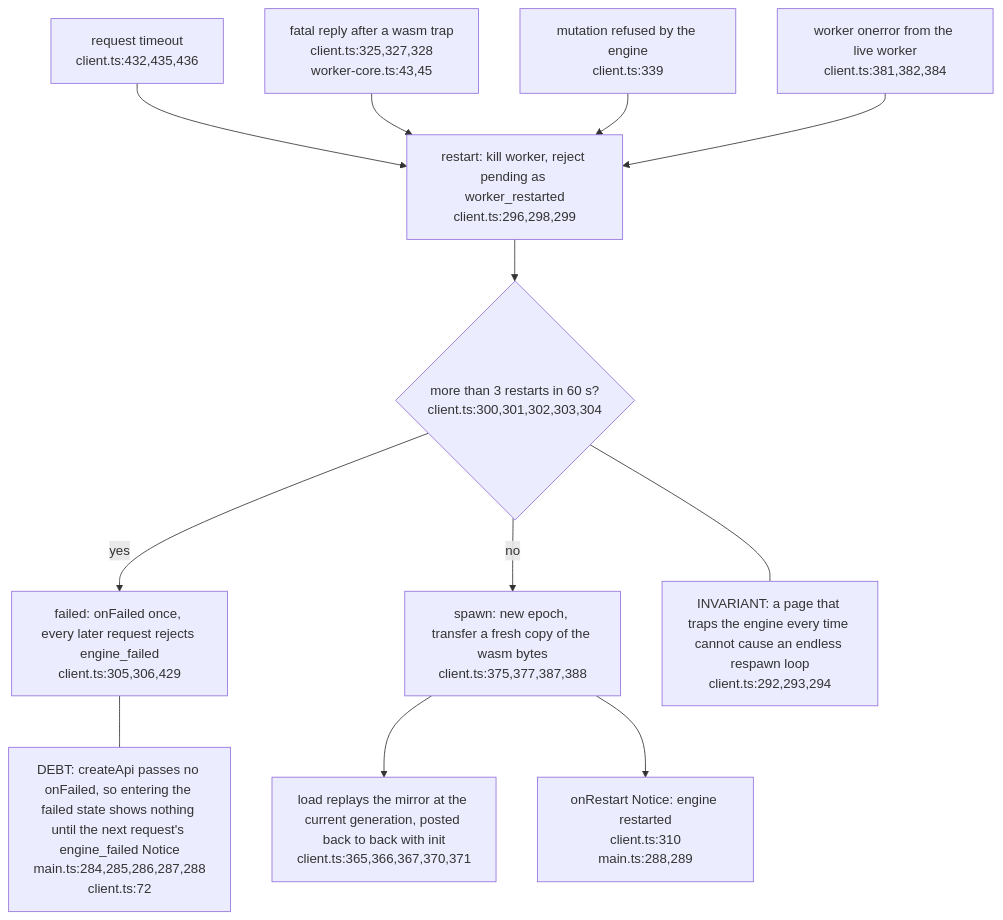
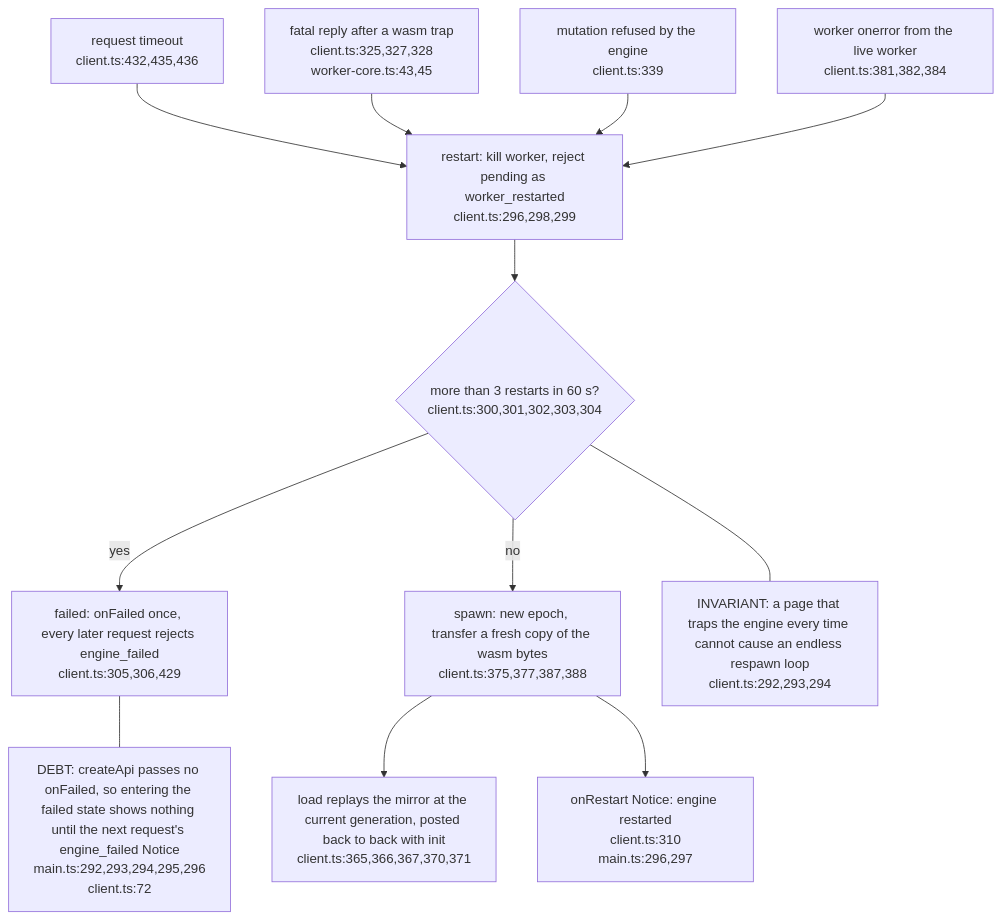
The third of 5 diagrams in docs/diagrams/ontomark-obsidian/04-engine-bridge.md (DreamLab-AI/VisionFlow), drawn with Mermaid before and after one commit. The commit also changed other lines of this file and 20 other files, not shown here.

First line of the commit message:
docs(diagrams): ontomark and ontomark-obsidian re-verified (graph 0.4.0, plugin 0.6.0)

````diff
--- a/docs/diagrams/ontomark-obsidian/04-engine-bridge.md
+++ b/docs/diagrams/ontomark-obsidian/04-engine-bridge.md
@@ -76,25 +79,25 @@
 ```mermaid
 flowchart TD
     TOUT["request timeout<br/>client.ts:432,435,436"]
     FAT["fatal reply after a wasm trap<br/>client.ts:325,327,328<br/>worker-core.ts:43,45"]
     REF["mutation refused by the engine<br/>client.ts:339"]
     ERR["worker onerror from the live worker<br/>client.ts:381,382,384"]
     RS["restart: kill worker, reject pending as worker_restarted<br/>client.ts:296,298,299"]
     CAP{"more than 3 restarts in 60 s?<br/>client.ts:300,301,302,303,304"}
     FAILD["failed: onFailed once, every later request rejects engine_failed<br/>client.ts:305,306,429"]
     SPAWN["spawn: new epoch, transfer a fresh copy of the wasm bytes<br/>client.ts:375,377,387,388"]
     LOADM["load replays the mirror at the current generation, posted back to back with init<br/>client.ts:365,366,367,370,371"]
-    NOTI["onRestart Notice: engine restarted<br/>client.ts:310<br/>main.ts:288,289"]
+    NOTI["onRestart Notice: engine restarted<br/>client.ts:310<br/>main.ts:296,297"]
     TOUT --> RS
     FAT --> RS
     REF --> RS
     ERR --> RS
     RS --> CAP
     CAP -->|yes| FAILD
     CAP -->|no| SPAWN --> LOADM
     SPAWN --> NOTI
-    DEBT["DEBT: createApi passes no onFailed, so entering the failed state shows nothing until the next request's engine_failed Notice<br/>main.ts:284,285,286,287,288<br/>client.ts:72"]
+    DEBT["DEBT: createApi passes no onFailed, so entering the failed state shows nothing until the next request's engine_failed Notice<br/>main.ts:292,293,294,295,296<br/>client.ts:72"]
     FAILD --- DEBT
     INV["INVARIANT: a page that traps the engine every time cannot cause an endless respawn loop<br/>client.ts:292,293,294"]
     CAP --- INV
 ```
````
